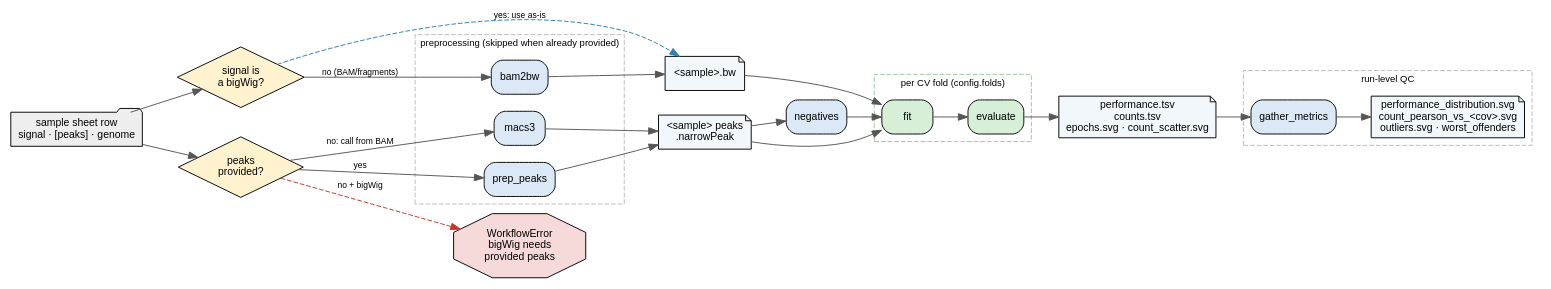
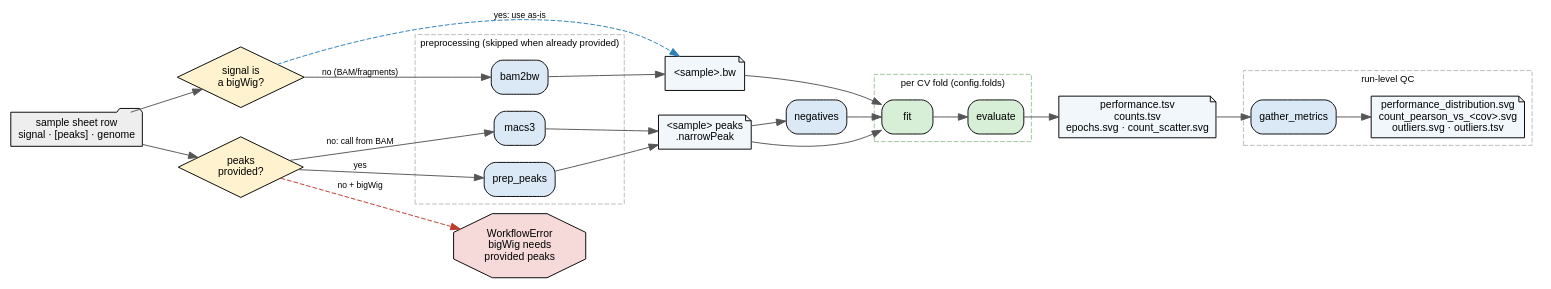
One commit to ramirc0/cherimoya-smk changed the diagram in docs/run-paths.dot. Above: the diagram before and after it, drawn with Graphviz. The commit also changed 9 other files, not shown here.

```diff
--- a/docs/run-paths.dot
+++ b/docs/run-paths.dot
@@ -1,75 +1,75 @@
 // How a sample flows through the pipeline, given what its sample-sheet row
 // provides. Render: dot -Tsvg docs/run-paths.dot -o docs/run-paths.svg
 digraph run_paths {
     rankdir=LR;
     bgcolor="white";
     node [fontname="Arial", fontsize=11, margin="0.12,0.06"];
     edge [fontname="Arial", fontsize=9, color="#555555"];
 
     sheet [shape=folder, fillcolor="#eeeeee", style=filled,
            label="sample sheet row\nsignal · [peaks] · genome"];
 
     // --- input decisions ------------------------------------------------
     q_sig   [shape=diamond, style=filled, fillcolor="#fff3cf",
              label="signal is\na bigWig?"];
     q_peaks [shape=diamond, style=filled, fillcolor="#fff3cf",
              label="peaks\nprovided?"];
 
     // --- preprocessing (per sample, fold-agnostic) ----------------------
     subgraph cluster_pre {
         label="preprocessing (skipped when already provided)";
         fontname="Arial"; fontsize=10; color="#bbbbbb"; style=dashed;
         bam2bw [shape=box, style="filled,rounded", fillcolor="#dbe9f6", label="bam2bw"];
         macs3  [shape=box, style="filled,rounded", fillcolor="#dbe9f6", label="macs3"];
         prep   [shape=box, style="filled,rounded", fillcolor="#dbe9f6", label="prep_peaks"];
     }
 
     bw    [shape=note, fillcolor="#f2f7fb", style=filled, label="<sample>.bw"];
     peaks [shape=note, fillcolor="#f2f7fb", style=filled, label="<sample> peaks\n.narrowPeak"];
     err   [shape=octagon, style=filled, fillcolor="#f6d9d9",
            label="WorkflowError\nbigWig needs\nprovided peaks"];
 
     // --- shared core (per CV fold) --------------------------------------
     neg [shape=box, style="filled,rounded", fillcolor="#dbe9f6", label="negatives"];
     subgraph cluster_fold {
         label="per CV fold (config.folds)";
         fontname="Arial"; fontsize=10; color="#9ec59e"; style=dashed;
         fit  [shape=box, style="filled,rounded", fillcolor="#d7efd7", label="fit"];
         evaluate [shape=box, style="filled,rounded", fillcolor="#d7efd7", label="evaluate"];
     }
     perf [shape=note, fillcolor="#f2f7fb", style=filled,
           label="performance.tsv\ncounts.tsv\nepochs.svg · count_scatter.svg"];
 
     // --- run-level QC ---------------------------------------------------
     subgraph cluster_qc {
         label="run-level QC";
         fontname="Arial"; fontsize=10; color="#bbbbbb"; style=dashed;
         gather [shape=box, style="filled,rounded", fillcolor="#dbe9f6", label="gather_metrics"];
         qc [shape=note, fillcolor="#f2f7fb", style=filled,
-            label="performance_distribution.svg\ncount_pearson_vs_<cov>.svg\noutliers.svg · worst_offenders"];
+            label="performance_distribution.svg\ncount_pearson_vs_<cov>.svg\noutliers.svg · outliers.tsv"];
     }
 
     // signal branch
     sheet -> q_sig;
     q_sig -> bam2bw [label="no (BAM/fragments)"];
     bam2bw -> bw;
     q_sig -> bw [label="yes: use as-is", style=dashed, color="#2c7fb8"];
 
     // peaks branch
     sheet -> q_peaks;
     q_peaks -> prep  [label="yes"];
     prep -> peaks;
     q_peaks -> macs3 [label="no: call from BAM"];
     macs3 -> peaks;
     q_peaks -> err   [label="no + bigWig", style=dashed, color="#c0392b"];
 
     // convergence + core
     peaks -> neg;
     bw -> fit;
     peaks -> fit;
     neg -> fit;
     fit -> evaluate -> perf;
     perf -> gather -> qc;
 
     { rank=same; bw; peaks; }
 }
```
